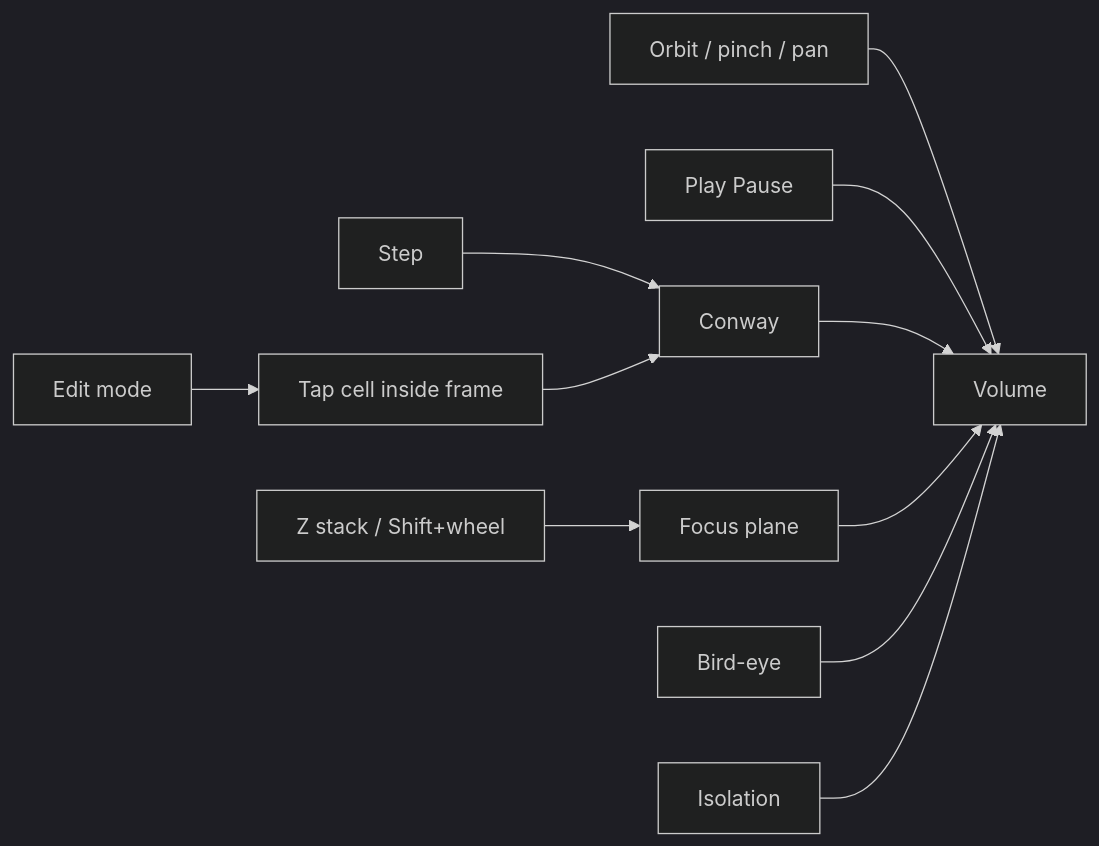
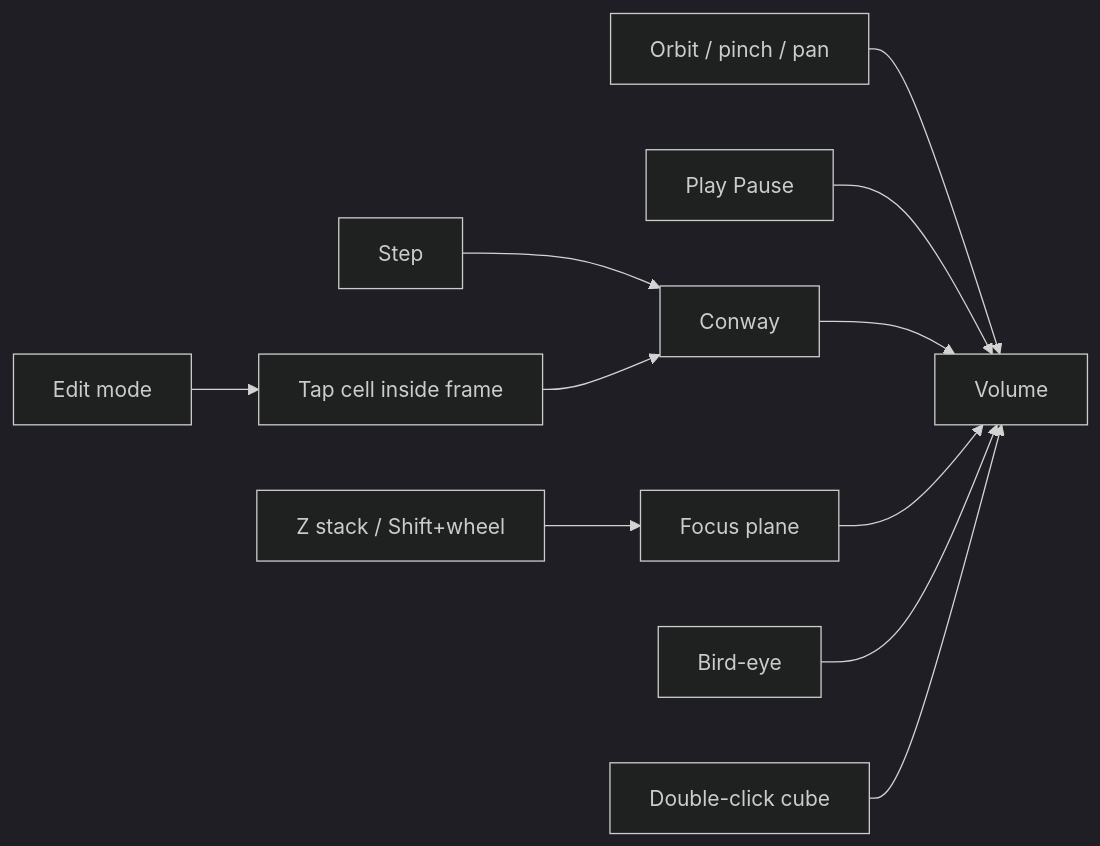
The first of 3 diagrams in docs/gui.md (PiMaV/DONNER), drawn with Mermaid (dark theme) before and after one commit. The commit also changed other lines of this file and 9 other files, not shown here.

Commit message:
Move Play, Z, and HUD off the volume on a phone so isolation is a cube double-click instead of a sheet mode.

````diff
--- a/docs/gui.md
+++ b/docs/gui.md
@@ -8,13 +8,13 @@
 ```mermaid
 flowchart LR
   orbit[Orbit / pinch / pan] --> scene[Volume]
   play[Play Pause] --> scene
   step[Step] --> sim[Conway]
   sim --> scene
   scrub[Z stack / Shift+wheel] --> plane[Focus plane]
   plane --> scene
   edit[Edit mode] --> paint[Tap cell inside frame]
   paint --> sim
   bird[Bird-eye] --> scene
-  iso[Isolation] --> scene
+  iso[Double-click cube] --> scene
 ```
````
